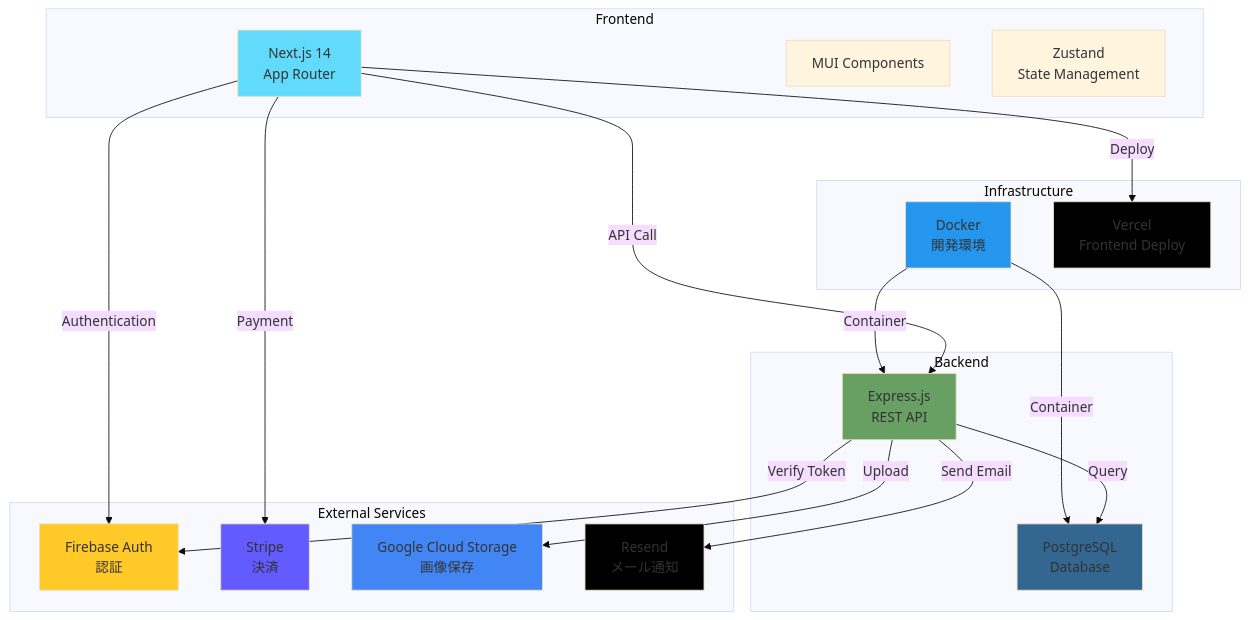
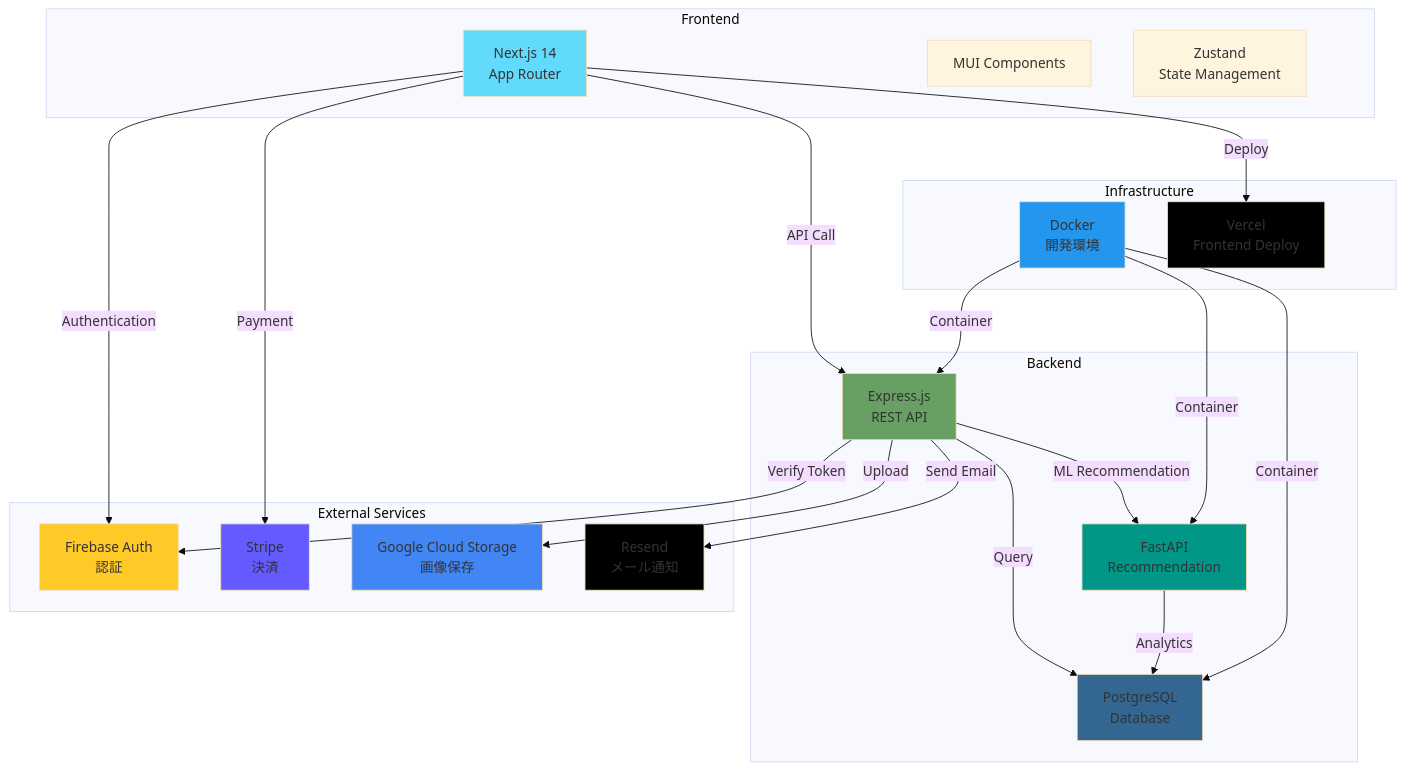
One commit to yukito-takeuchi/amazon-clone changed the first of 2 diagrams in README.md. Above: the diagram before and after it, drawn with Mermaid (base theme). The commit also changed other lines of this file, not shown here.

````diff
--- a/README.md
+++ b/README.md
@@ -17,46 +17,51 @@
 ```mermaid
 graph TB
     subgraph "Frontend"
         A[Next.js 14<br/>App Router]
         B[MUI Components]
         C[Zustand<br/>State Management]
     end
 
     subgraph "Backend"
         D[Express.js<br/>REST API]
         E[PostgreSQL<br/>Database]
+        F2[FastAPI<br/>Recommendation]
     end
 
     subgraph "External Services"
         F[Firebase Auth<br/>認証]
         G[Stripe<br/>決済]
         H[Google Cloud Storage<br/>画像保存]
         I[Resend<br/>メール通知]
     end
 
     subgraph "Infrastructure"
         J[Docker<br/>開発環境]
         K[Vercel<br/>Frontend Deploy]
     end
 
     A -->|API Call| D
     A -->|Authentication| F
     A -->|Payment| G
     D -->|Query| E
+    D -->|ML Recommendation| F2
     D -->|Upload| H
     D -->|Send Email| I
     D -->|Verify Token| F
+    F2 -->|Analytics| E
     J -->|Container| D
     J -->|Container| E
+    J -->|Container| F2
     A -->|Deploy| K
 
     style A fill:#61dafb
     style D fill:#68a063
     style E fill:#336791
+    style F2 fill:#009688
     style F fill:#ffca28
     style G fill:#635bff
     style H fill:#4285f4
     style I fill:#000000
     style J fill:#2496ed
     style K fill:#000000
 ```
````
